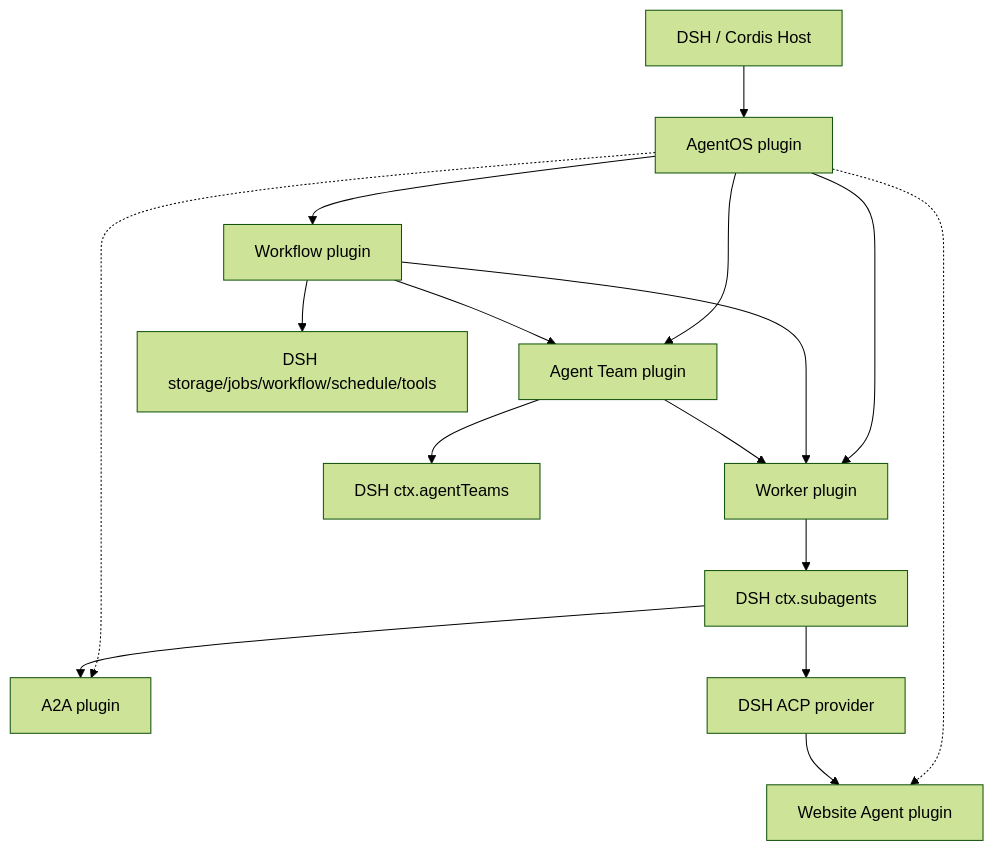
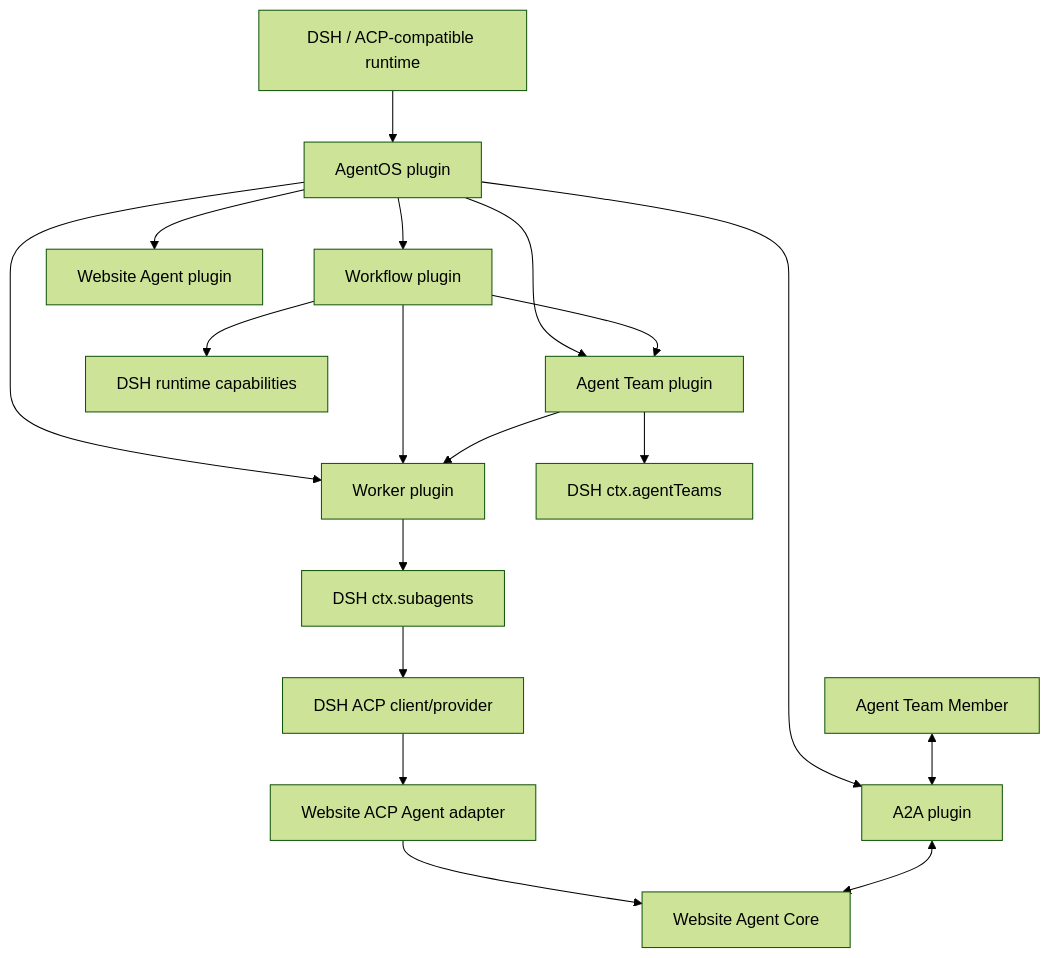
The diagram in docs/architecture/plugins/README.md (tsuuanmi/AgentOS), drawn with Mermaid (forest theme) before and after one commit. The commit also changed other lines of this file, not shown here.

Commit message:
docs: clarify ACP runtime and A2A peer plugin topology

```diff
--- a/docs/architecture/plugins/README.md
+++ b/docs/architecture/plugins/README.md
@@ -71,35 +84,38 @@
 ~~~mermaid
 flowchart TB
-    Host[DSH / Cordis Host]
+    Runtime[DSH / ACP-compatible runtime]
     AgentOS[AgentOS plugin]
-
     Workflow[Workflow plugin]
     Team[Agent Team plugin]
     Worker[Worker plugin]
     Website[Website Agent plugin]
     A2A[A2A plugin]
 
     DSHAT[DSH ctx.agentTeams]
     Sub[DSH ctx.subagents]
-    ACP[DSH ACP provider]
-    Runtime[DSH storage/jobs/workflow/schedule/tools]
+    ACPClient[DSH ACP client/provider]
+    WebsiteACP[Website ACP Agent adapter]
+    WebsiteCore[Website Agent Core]
+    Member[Agent Team Member]
+    RuntimeCaps[DSH runtime capabilities]
 
-    Host --> AgentOS
+    Runtime --> AgentOS
     AgentOS --> Workflow
     AgentOS --> Team
     AgentOS --> Worker
-    AgentOS -.-> Website
-    AgentOS -.-> A2A
+    AgentOS --> Website
+    AgentOS --> A2A
 
     Workflow --> Team
     Workflow --> Worker
     Team --> Worker
-
     Team --> DSHAT
     Worker --> Sub
-    Sub --> ACP
-    ACP --> Website
-    Sub --> A2A
+    Sub --> ACPClient
+    ACPClient --> WebsiteACP --> WebsiteCore
 
-    Workflow --> Runtime
+    Member <--> A2A
+    A2A <--> WebsiteCore
+
+    Workflow --> RuntimeCaps
 ~~~
```
